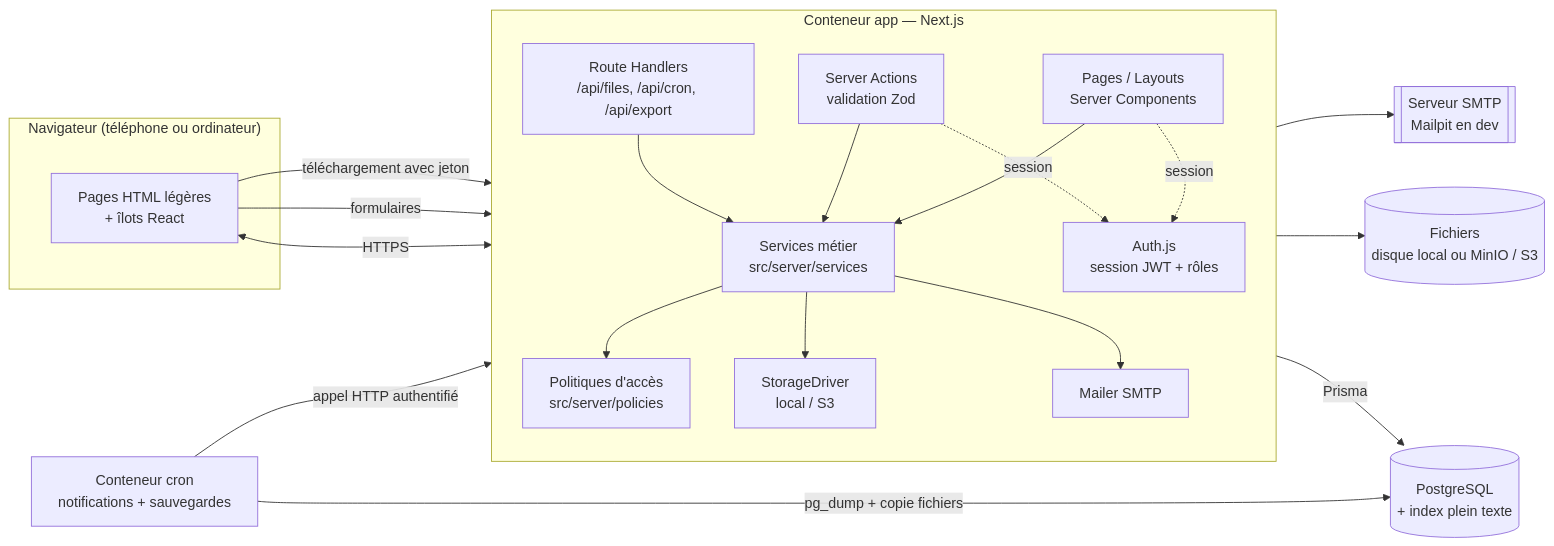
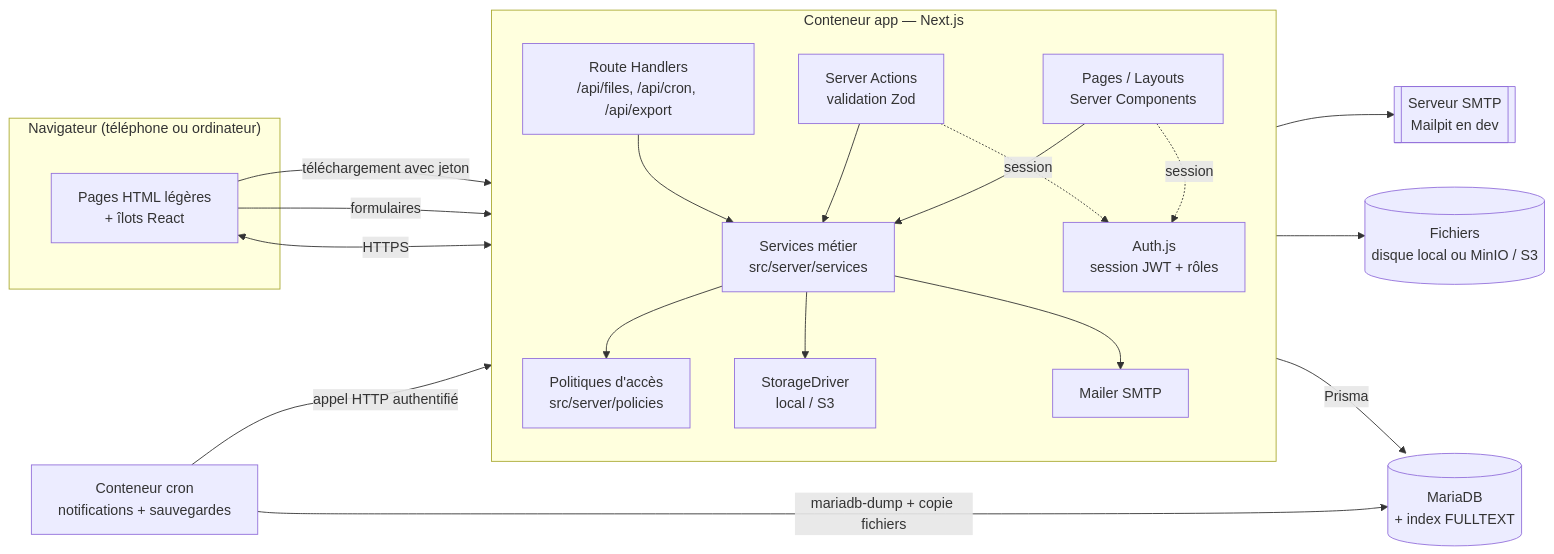
One commit to sene26/Ressources_Pedagogiques changed the first of 2 diagrams in docs/architecture.md. Above: the diagram before and after it, drawn with Mermaid. The commit also changed other lines of this file and 5 other files, not shown here.

````diff
--- a/docs/architecture.md
+++ b/docs/architecture.md
@@ -7,40 +7,40 @@
 ```mermaid
 flowchart LR
     subgraph Client["Navigateur (téléphone ou ordinateur)"]
         UI[Pages HTML légères<br/>+ îlots React]
     end
 
     subgraph App["Conteneur app — Next.js"]
         direction TB
         P[Pages / Layouts<br/>Server Components]
         SA[Server Actions<br/>validation Zod]
         RH[Route Handlers<br/>/api/files, /api/cron, /api/export]
         AUTH[Auth.js<br/>session JWT + rôles]
         SVC[Services métier<br/>src/server/services]
         POL[Politiques d'accès<br/>src/server/policies]
         STO[StorageDriver<br/>local / S3]
         MAIL[Mailer SMTP]
         P --> SVC
         SA --> SVC
         RH --> SVC
         SVC --> POL
         SVC --> STO
         SVC --> MAIL
         P -.session.-> AUTH
         SA -.session.-> AUTH
     end
 
-    DB[(PostgreSQL<br/>+ index plein texte)]
+    DB[(MariaDB<br/>+ index FULLTEXT)]
     FS[(Fichiers<br/>disque local ou MinIO / S3)]
     SMTP[[Serveur SMTP<br/>Mailpit en dev]]
     CRON[Conteneur cron<br/>notifications + sauvegardes]
 
     UI <-->|HTTPS| P
     UI -->|formulaires| SA
     UI -->|téléchargement avec jeton| RH
     SVC -->|Prisma| DB
     STO --> FS
     MAIL --> SMTP
     CRON -->|appel HTTP authentifié| RH
-    CRON -->|pg_dump + copie fichiers| DB
+    CRON -->|mariadb-dump + copie fichiers| DB
 ```
````
